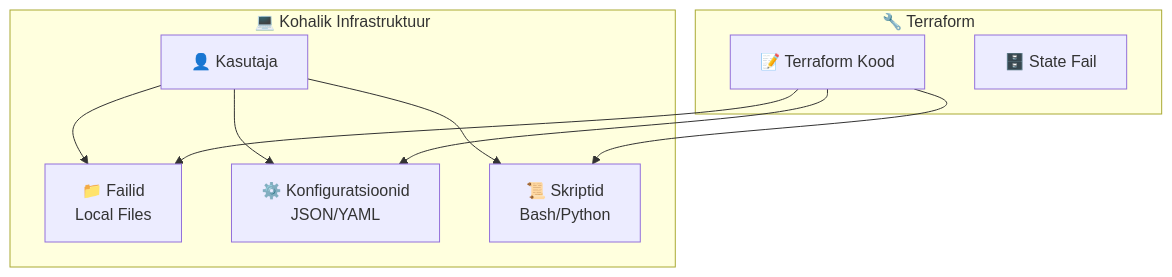
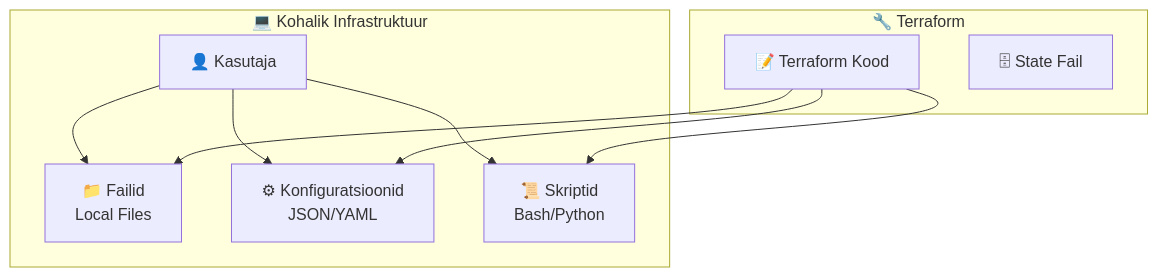
The diagram in docs/terraform_basics/homework_aws_backup.md (mtalvik/automation), drawn with Mermaid before and after one commit. The commit also changed other lines of this file and 168 other files, not shown here.

````diff
--- a/docs/terraform_basics/homework_aws_backup.md
+++ b/docs/terraform_basics/homework_aws_backup.md
@@ -54,22 +54,22 @@
 ```mermaid
 graph TB
     subgraph "💻 Kohalik Infrastruktuur"
         User[👤 Kasutaja]
         Files[📁 Failid<br/>Local Files]
-        Config[⚙️ Konfiguratsioonid<br/>JSON/YAML]
+        Config[⚙ Konfiguratsioonid<br/>JSON/YAML]
         Scripts[📜 Skriptid<br/>Bash/Python]
     end
     
     User --> Files
     User --> Config
     User --> Scripts
     
     subgraph "🔧 Terraform"
         Code[📝 Terraform Kood]
-        State[🗄️ State Fail]
+        State[🗄 State Fail]
     end
     
     Code --> Files
     Code --> Config
     Code --> Scripts
 ```
````
